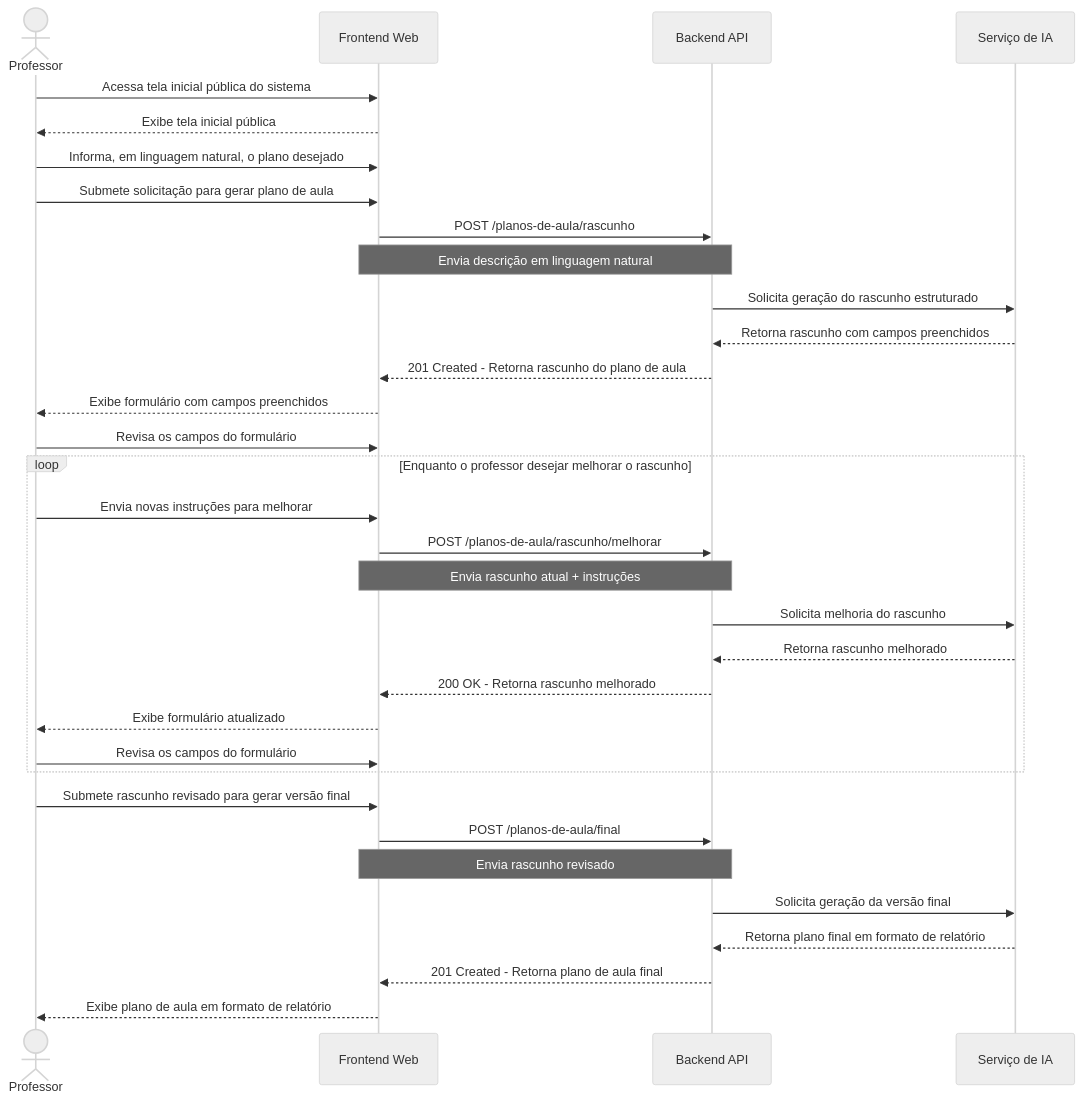
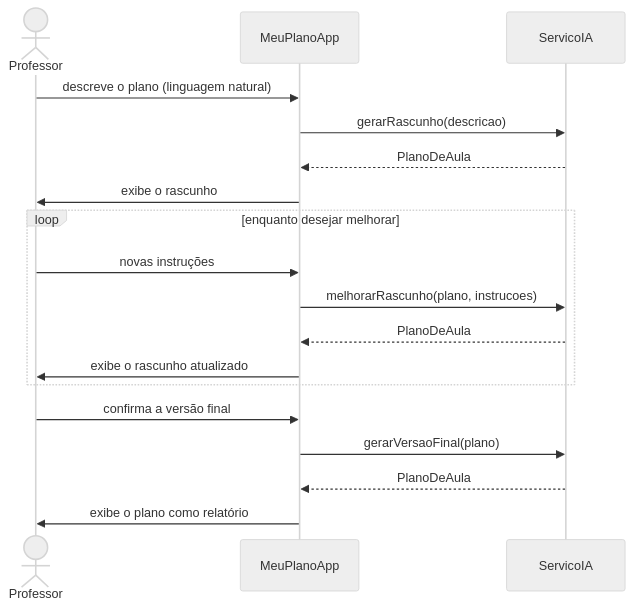
Before and after one commit to filipefernandesphd/ESWI: the first of 3 diagrams in apps/meuplano.ai/slides/slides.md, drawn with Mermaid (neutral theme). The commit also changed other lines of this file and 14 other files, not shown here.

````diff
--- a/apps/meuplano.ai/slides/slides.md
+++ b/apps/meuplano.ai/slides/slides.md
@@ -112,43 +112,23 @@
-```mermaid {scale: 0.42}
+```mermaid {scale: 0.5}
 sequenceDiagram
     actor Professor
-    participant Web as Frontend Web
-    participant API as Backend API
-    participant IA as Serviço de IA
+    participant App as MeuPlanoApp
+    participant IA as ServicoIA
 
-    Professor->>Web: Acessa tela inicial pública do sistema
-    Web-->>Professor: Exibe tela inicial pública
+    Professor->>App: descreve o plano (linguagem natural)
+    App->>IA: gerarRascunho(descricao)
+    IA-->>App: PlanoDeAula
+    App->>Professor: exibe o rascunho
 
-    Professor->>Web: Informa, em linguagem natural, o plano desejado
-    Professor->>Web: Submete solicitação para gerar plano de aula
-
-    Web->>API: POST /planos-de-aula/rascunho
-    Note over Web,API: Envia descrição em linguagem natural
-
-    API->>IA: Solicita geração do rascunho estruturado
-    IA-->>API: Retorna rascunho com campos preenchidos
-
-    API-->>Web: 201 Created - Retorna rascunho do plano de aula
-    Web-->>Professor: Exibe formulário com campos preenchidos
-
-    Professor->>Web: Revisa os campos do formulário
-
-    loop Enquanto o professor desejar melhorar o rascunho
-        Professor->>Web: Envia novas instruções para melhorar
-        Web->>API: POST /planos-de-aula/rascunho/melhorar
-        Note over Web,API: Envia rascunho atual + instruções
-        API->>IA: Solicita melhoria do rascunho
-        IA-->>API: Retorna rascunho melhorado
-        API-->>Web: 200 OK - Retorna rascunho melhorado
-        Web-->>Professor: Exibe formulário atualizado
-        Professor->>Web: Revisa os campos do formulário
+    loop enquanto desejar melhorar
+        Professor->>App: novas instruções
+        App->>IA: melhorarRascunho(plano, instrucoes)
+        IA-->>App: PlanoDeAula
+        App->>Professor: exibe o rascunho atualizado
     end
 
-    Professor->>Web: Submete rascunho revisado para gerar versão final
-    Web->>API: POST /planos-de-aula/final
-    Note over Web,API: Envia rascunho revisado
-    API->>IA: Solicita geração da versão final
-    IA-->>API: Retorna plano final em formato de relatório
-    API-->>Web: 201 Created - Retorna plano de aula final
-    Web-->>Professor: Exibe plano de aula em formato de relatório
+    Professor->>App: confirma a versão final
+    App->>IA: gerarVersaoFinal(plano)
+    IA-->>App: PlanoDeAula
+    App->>Professor: exibe o plano como relatório
 ```
````
